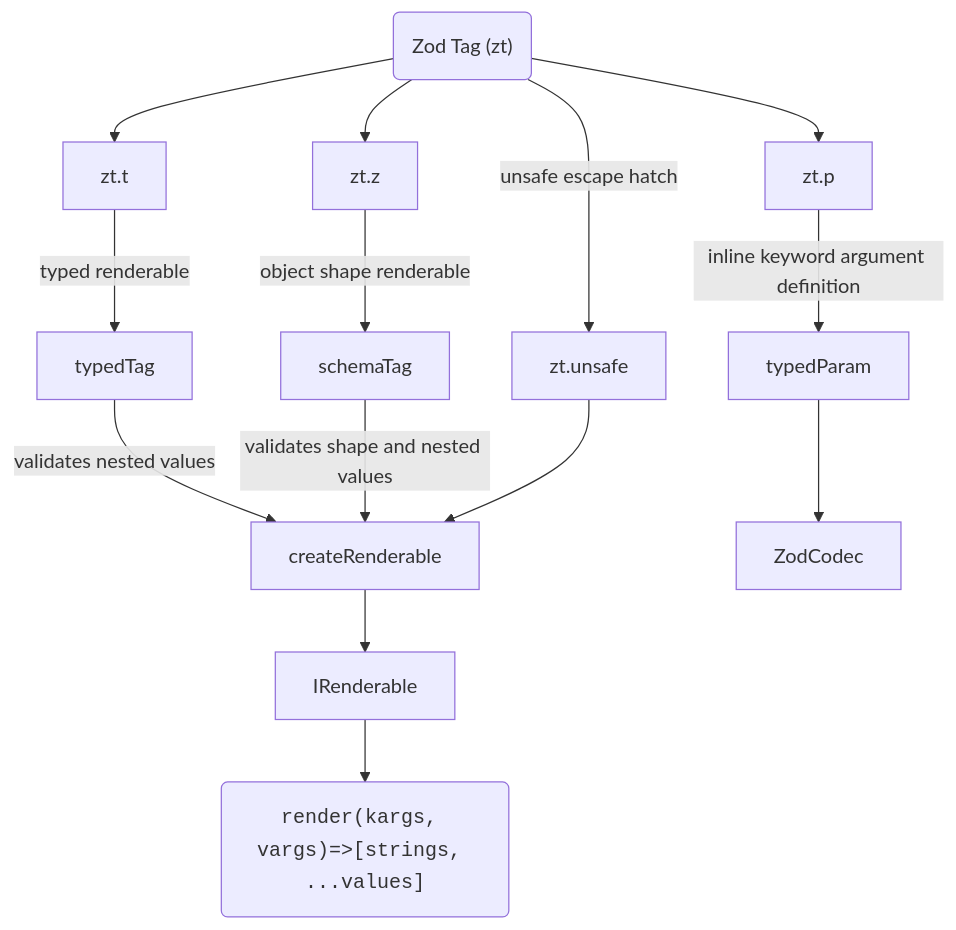
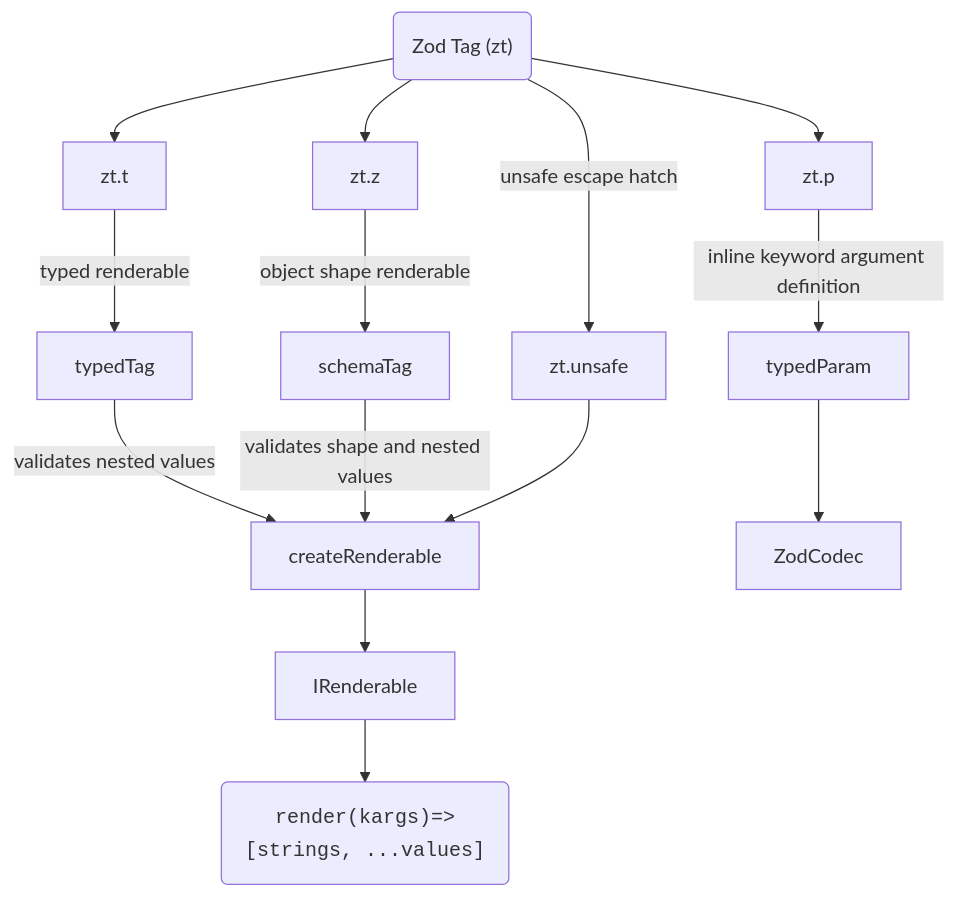
One commit to NicolasBerbel/zod-tag changed the diagram in README.md. Above: the diagram before and after it, drawn with Mermaid. The commit also changed other lines of this file and 24 other files, not shown here.

````diff
--- a/README.md
+++ b/README.md
@@ -330,15 +323,15 @@
 ```mermaid
 graph
     zt("Zod Tag (zt)") --> zt.t
     zt --> zt.z
     zt --> zt.p
     zt -- unsafe escape hatch -->  zt.unsafe
 
     zt.t -- typed renderable --> typedTag -- validates nested values --> createRenderable
     zt.z -- object shape renderable --> schemaTag -- validates shape and nested values --> createRenderable
     zt.unsafe --> createRenderable
     zt.p -- inline keyword argument definition --> typedParam --> ZodCodec
 
     createRenderable --> IRenderable
-    IRenderable --> render("<code>render(kargs, vargs)=>[strings, ...values]</code>")
+    IRenderable --> render("<code>render(kargs)=>[strings, ...values]</code>")
 ```
````
